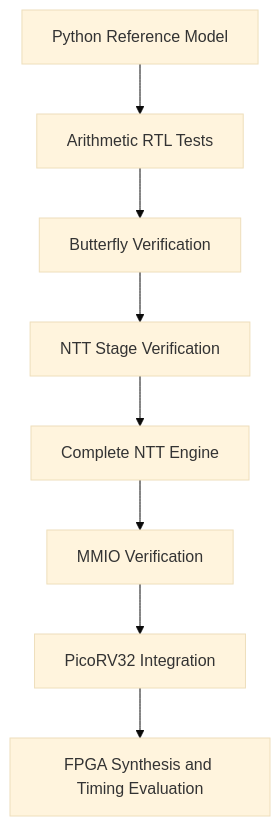
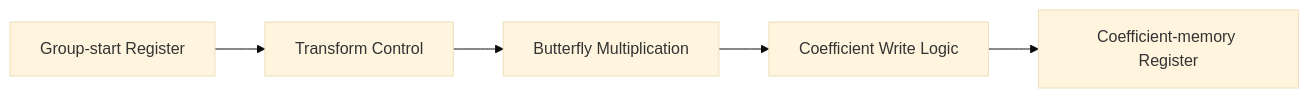
The sixth of 6 diagrams in README.md (Harshima-Joshi15/riscv-ntt-accelerator), drawn with Mermaid (base theme) before and after one commit. The commit also changed other lines of this file, not shown here.

````diff
--- a/README.md
+++ b/README.md
@@ -185,10 +518,10 @@
 ```mermaid
-flowchart TD
-    A["Python Reference Model"] --> B["Arithmetic RTL Tests"]
-    B --> C["Butterfly Verification"]
-    C --> D["NTT Stage Verification"]
-    D --> E["Complete NTT Engine"]
-    E --> F["MMIO Verification"]
-    F --> G["PicoRV32 Integration"]
-    G --> H["FPGA Synthesis and Timing Evaluation"]
+flowchart LR
+    A["Group-start Register"]
+    B["Transform Control"]
+    C["Butterfly Multiplication"]
+    D["Coefficient Write Logic"]
+    E["Coefficient-memory Register"]
+
+    A --> B --> C --> D --> E
 ```
````
